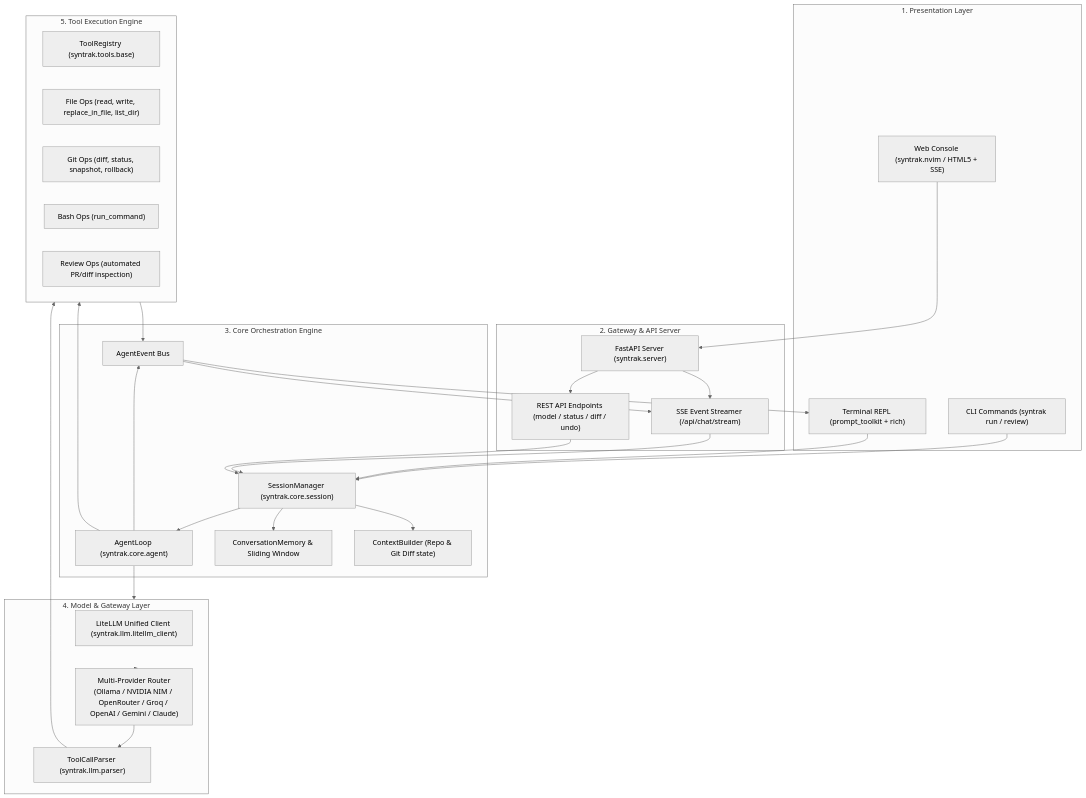
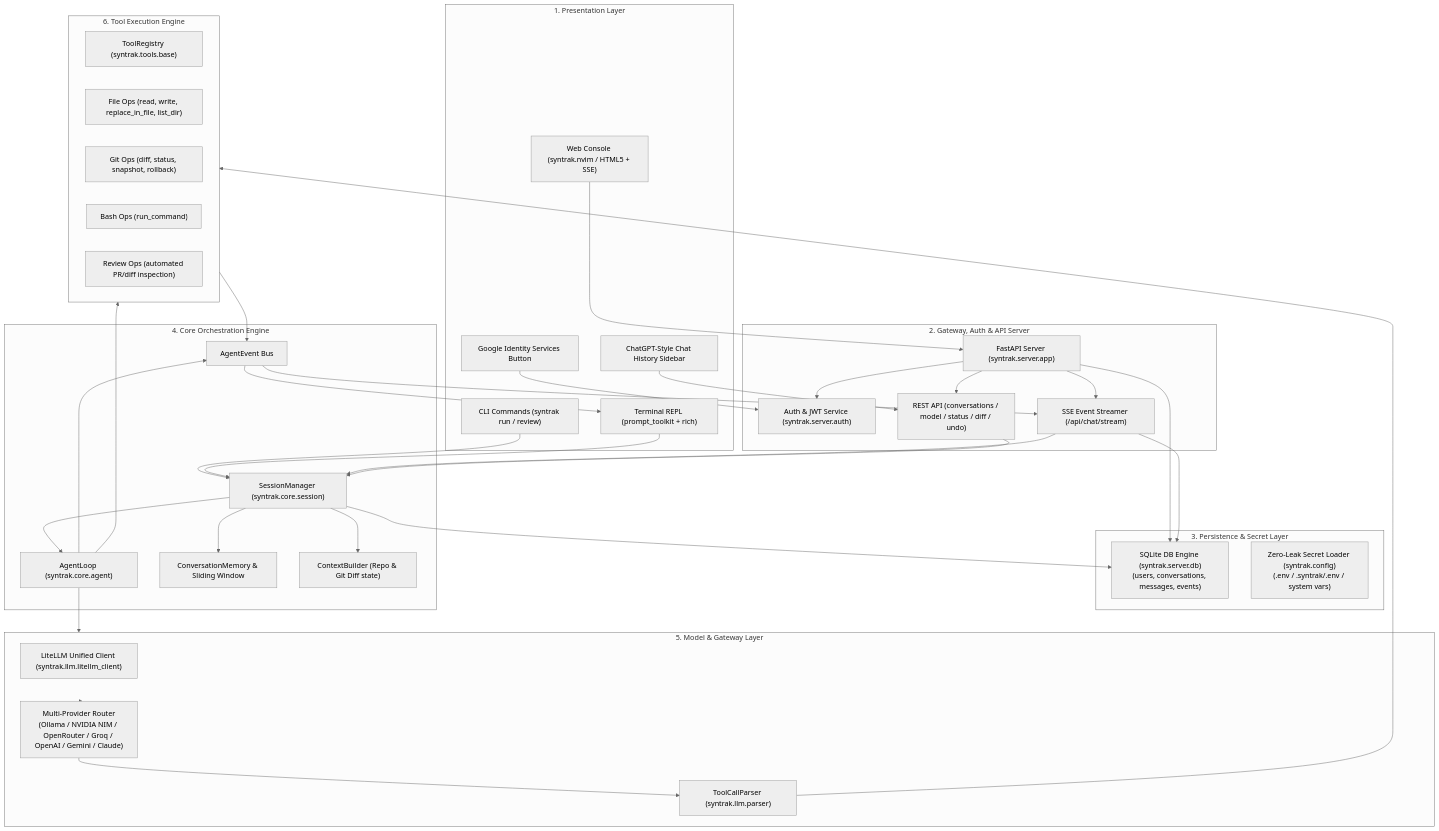
Before and after one commit to Enky-yy/Syntrak: the first of 2 diagrams in ARCHITECTURE.md, drawn with Mermaid (neutral theme). The commit also changed other lines of this file and 1 other file, not shown here.

Commit message:
docs: update README and ARCHITECTURE with google auth, chat history, and .env configuration

````diff
--- a/ARCHITECTURE.md
+++ b/ARCHITECTURE.md
@@ -12,58 +12,73 @@
 ```mermaid
 flowchart TD
     subgraph UI_Layer["1. Presentation Layer"]
         CLI["CLI Commands (syntrak run / review)"]
         REPL["Terminal REPL (prompt_toolkit + rich)"]
         WebUI["Web Console (syntrak.nvim / HTML5 + SSE)"]
+        GoogleGIS["Google Identity Services Button"]
+        Sidebar["ChatGPT-Style Chat History Sidebar"]
     end
 
-    subgraph Server_Layer["2. Gateway & API Server"]
-        FastAPI["FastAPI Server (syntrak.server)"]
+    subgraph Server_Layer["2. Gateway, Auth & API Server"]
+        FastAPI["FastAPI Server (syntrak.server.app)"]
+        AuthService["Auth & JWT Service (syntrak.server.auth)"]
         SSE["SSE Event Streamer (/api/chat/stream)"]
-        REST["REST API Endpoints (model / status / diff / undo)"]
+        REST["REST API (conversations / model / status / diff / undo)"]
     end
 
-    subgraph Core_Engine["3. Core Orchestration Engine"]
+    subgraph Persistence_Layer["3. Persistence & Secret Layer"]
+        SQLiteDB["SQLite DB Engine (syntrak.server.db)\n(users, conversations, messages, events)"]
+        EnvLoader["Zero-Leak Secret Loader (syntrak.config)\n(.env / .syntrak/.env / system vars)"]
+    end
+
+    subgraph Core_Engine["4. Core Orchestration Engine"]
         Session["SessionManager (syntrak.core.session)"]
         Agent["AgentLoop (syntrak.core.agent)"]
         Memory["ConversationMemory & Sliding Window"]
         Context["ContextBuilder (Repo & Git Diff state)"]
         Events["AgentEvent Bus"]
     end
 
-    subgraph LLM_Gateway["4. Model & Gateway Layer"]
+    subgraph LLM_Gateway["5. Model & Gateway Layer"]
         LiteLLM["LiteLLM Unified Client (syntrak.llm.litellm_client)"]
         Parser["ToolCallParser (syntrak.llm.parser)"]
         Providers["Multi-Provider Router\n(Ollama / NVIDIA NIM / OpenRouter / Groq / OpenAI / Gemini / Claude)"]
     end
 
-    subgraph Tool_Engine["5. Tool Execution Engine"]
+    subgraph Tool_Engine["6. Tool Execution Engine"]
         Registry["ToolRegistry (syntrak.tools.base)"]
         FileTools["File Ops (read, write, replace_in_file, list_dir)"]
         GitTools["Git Ops (diff, status, snapshot, rollback)"]
         BashTools["Bash Ops (run_command)"]
         ReviewTools["Review Ops (automated PR/diff inspection)"]
     end
 
     %% Connections
     CLI --> Session
     REPL --> Session
     WebUI --> FastAPI
+    GoogleGIS --> AuthService
+    Sidebar --> REST
+    
+    FastAPI --> AuthService
     FastAPI --> SSE & REST
+    FastAPI --> SQLiteDB
+    
     SSE & REST --> Session
-
     Session --> Agent
     Session --> Memory
     Session --> Context
+    Session --> SQLiteDB
 
     Agent --> LLM_Gateway
     Agent --> Tool_Engine
     Agent --> Events
 
     LLM_Gateway --> Providers
     Providers --> Parser
     Parser --> Tool_Engine
     Tool_Engine --> Events
     Events --> REPL
     Events --> SSE
+    SSE --> SQLiteDB
 ```
````
